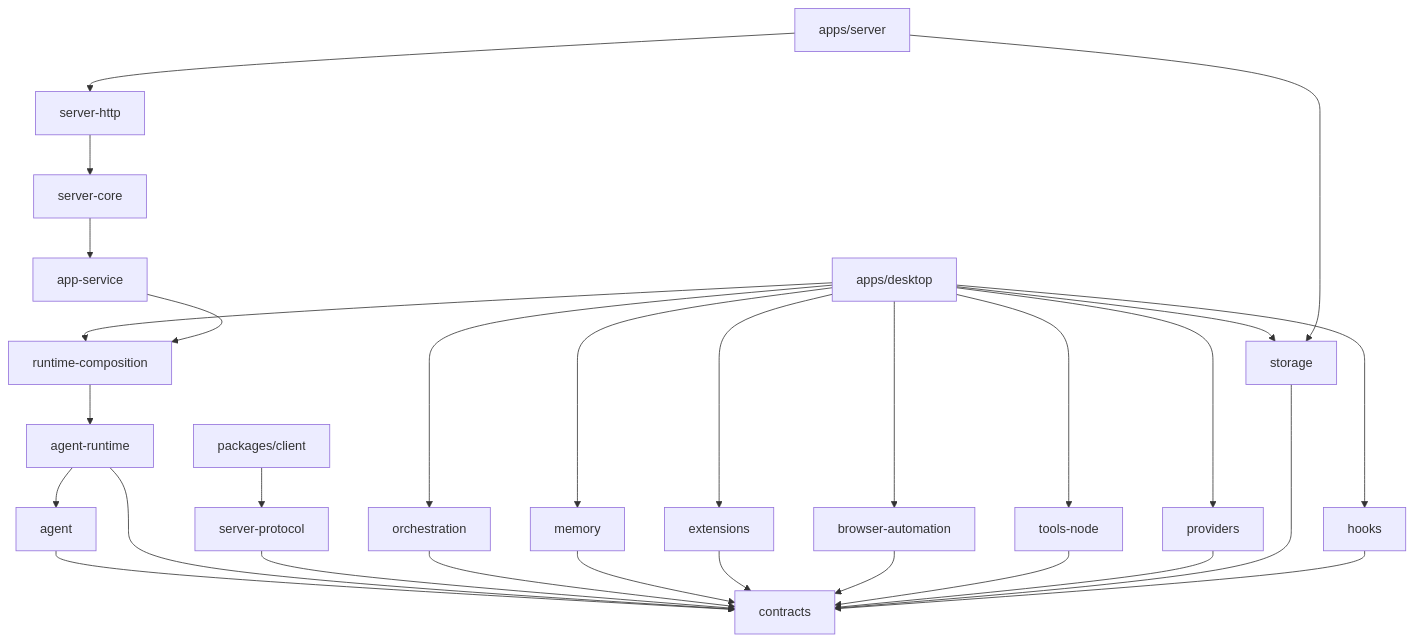
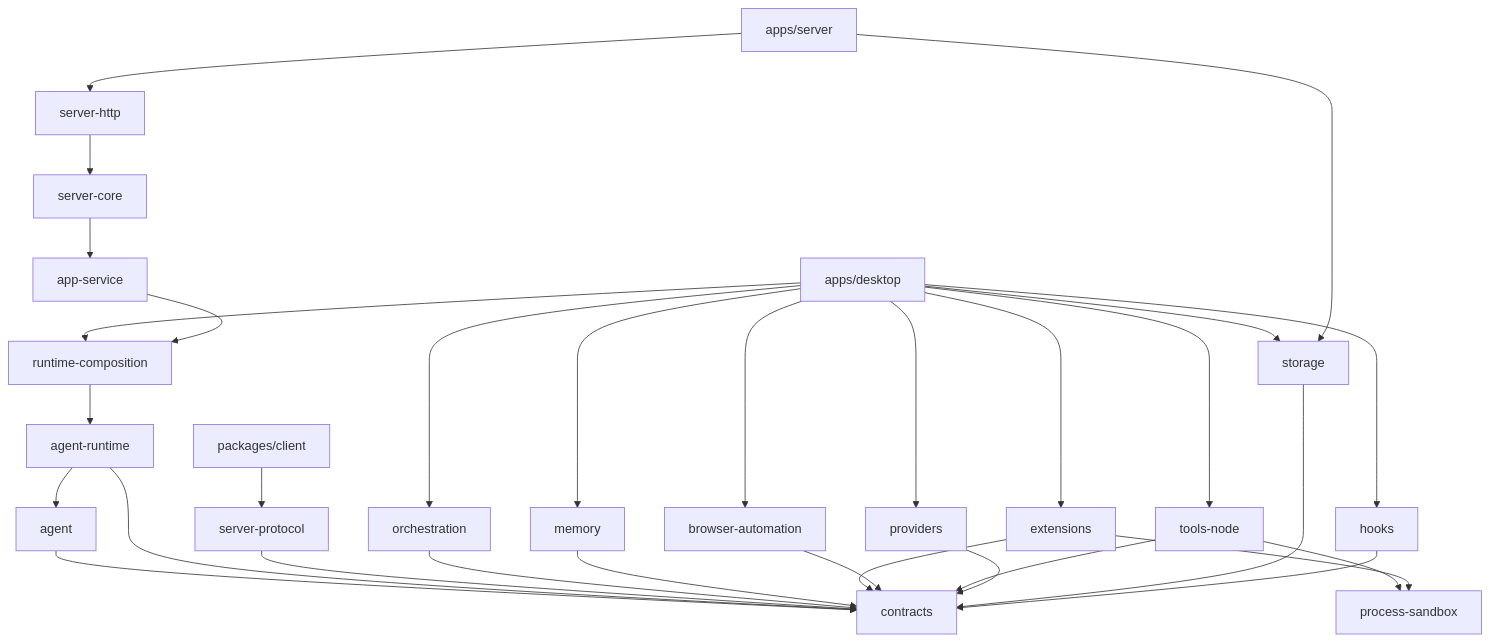
The diagram in docs/technical-implementation/README.md (zxt6991-source/jojo-agent), drawn with Mermaid before and after one commit. The commit also changed other lines of this file and 53 other files, not shown here.

````diff
--- a/docs/technical-implementation/README.md
+++ b/docs/technical-implementation/README.md
@@ -40,31 +41,33 @@
 ```mermaid
 flowchart TB
     Client["packages/client"] --> Protocol["server-protocol"]
     Desktop["apps/desktop"] --> Composition["runtime-composition"]
     Server["apps/server"] --> Http["server-http"]
     Http --> Core["server-core"]
     Core --> App["app-service"]
     App --> Composition
     Composition --> Runtime["agent-runtime"]
     Runtime --> Agent["agent"]
     Desktop --> Orchestration["orchestration"]
     Desktop --> Memory["memory"]
     Desktop --> Extensions["extensions"]
     Desktop --> Browser["browser-automation"]
     Desktop --> Tools["tools-node"]
+    Tools --> Sandbox["process-sandbox"]
+    Extensions --> Sandbox
     Desktop --> Providers["providers"]
     Desktop --> Storage["storage"]
     Desktop --> Hooks["hooks"]
     Server --> Storage
     Agent --> Contracts["contracts"]
     Runtime --> Contracts
     Protocol --> Contracts
     Orchestration --> Contracts
     Memory --> Contracts
     Extensions --> Contracts
     Browser --> Contracts
     Tools --> Contracts
     Providers --> Contracts
     Storage --> Contracts
     Hooks --> Contracts
 ```
````
